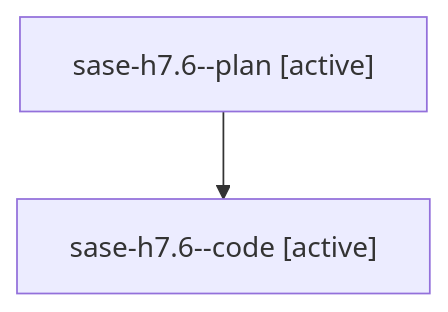
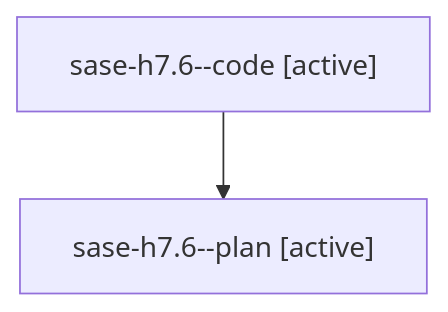
The diagram in families/bbugyi200.athena.sase-h7.6.md (sase-org/sase--agents), drawn with Mermaid before and after one commit. The commit also changed other lines of this file and 112 other files, not shown here.

````diff
--- a/families/bbugyi200.athena.sase-h7.6.md
+++ b/families/bbugyi200.athena.sase-h7.6.md
@@ -9,6 +9,6 @@
 ```mermaid
 flowchart TD
-  n0["sase-h7.6--plan [active]"]
-  n1["sase-h7.6--code [active]"]
+  n0["sase-h7.6--code [active]"]
+  n1["sase-h7.6--plan [active]"]
   n0 --> n1
 ```
````
